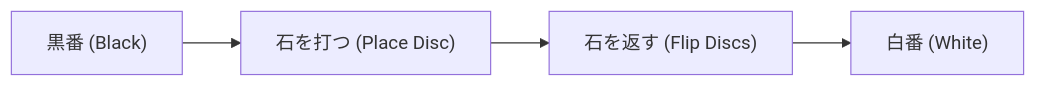
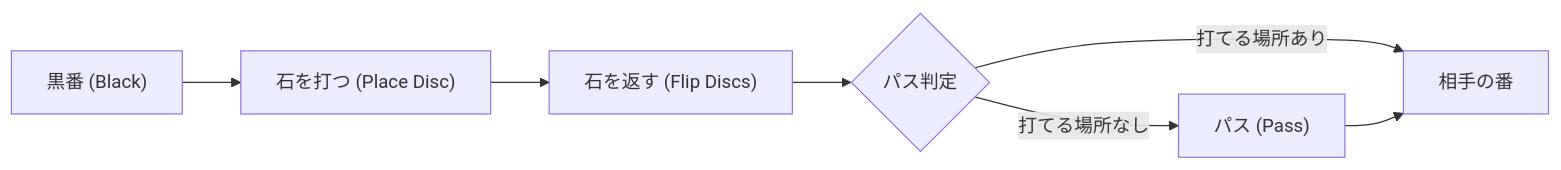
Before and after one commit to kenjinote/blog: the diagram in content/post/ai-othello/index.md, drawn with Mermaid. The commit also changed other lines of this file and 276 other files, not shown here.

````diff
--- a/content/post/ai-othello/index.md
+++ b/content/post/ai-othello/index.md
@@ -19,6 +19,9 @@
 ```mermaid
 flowchart LR
     Start["黒番 (Black)"] --> Move["石を打つ (Place Disc)"]
     Move --> Flip["石を返す (Flip Discs)"]
-    Flip --> Next["白番 (White)"]
+    Flip --> Check{パス判定}
+    Check -- 打てる場所あり --> Next["相手の番"]
+    Check -- 打てる場所なし --> Pass["パス (Pass)"]
+    Pass --> Next
 ```
````
